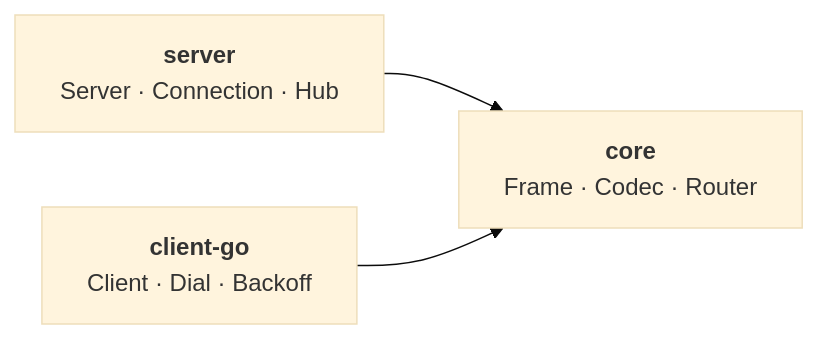
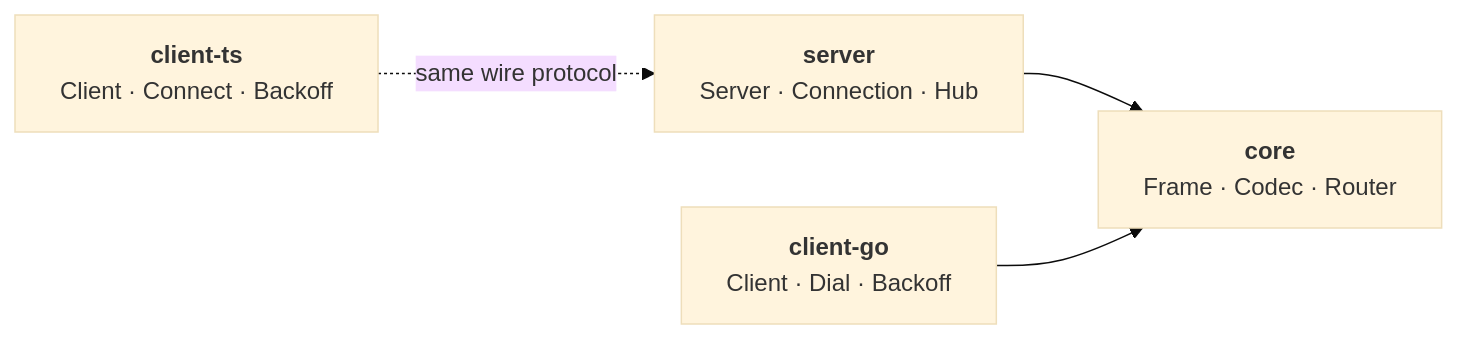
One commit to wspulse/.github changed the diagram in profile/README.md. Above: the diagram before and after it, drawn with Mermaid (base theme). The commit also changed other lines of this file and 1 other file, not shown here.

Commit message:
docs: add client-ts to org READMEs, update version table

````diff
--- a/profile/README.md
+++ b/profile/README.md
@@ -7,8 +7,10 @@
 ```mermaid
 graph LR
     core["<b>core</b><br/>Frame · Codec · Router"]
     server["<b>server</b><br/>Server · Connection · Hub"]
     client-go["<b>client-go</b><br/>Client · Dial · Backoff"]
+    client-ts["<b>client-ts</b><br/>Client · Connect · Backoff"]
     server --> core
     client-go --> core
+    client-ts -. "same wire protocol" .-> server
 ```
````
